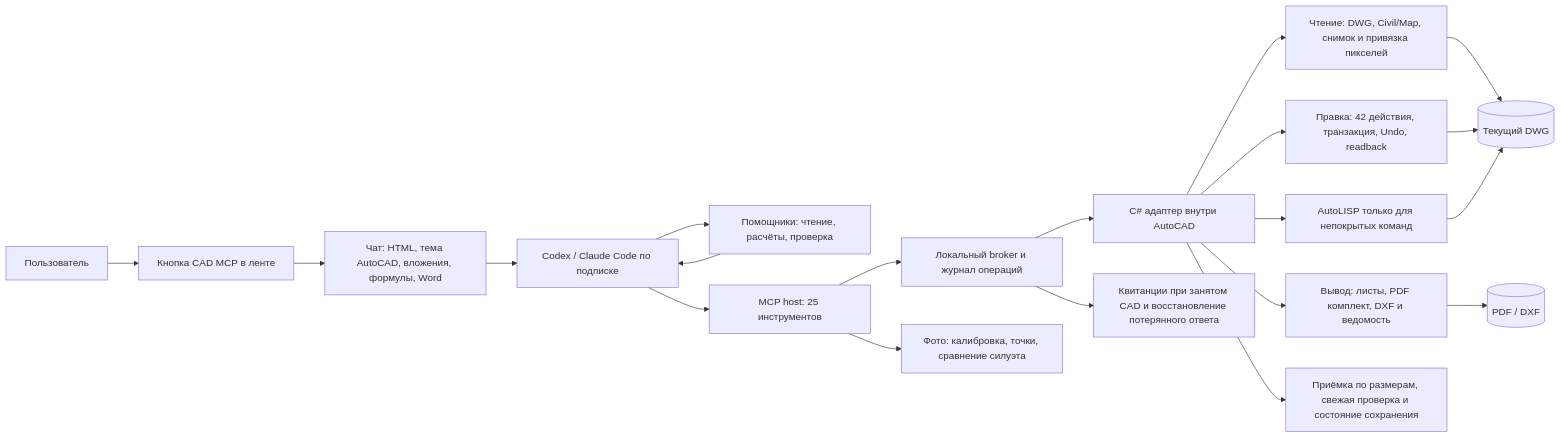
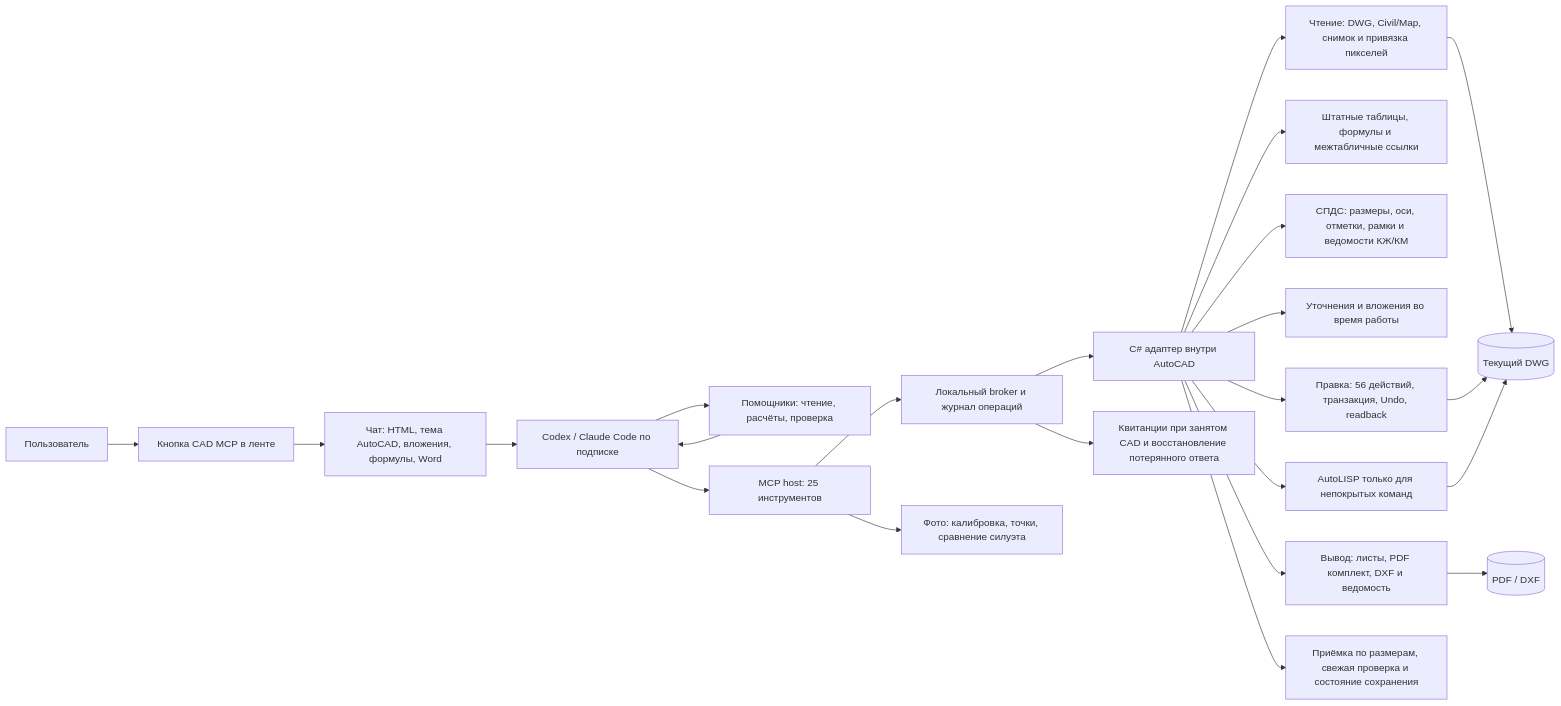
The diagram in docs/capabilities.md (debug23win/autocad-mcp), drawn with Mermaid before and after one commit. The commit also changed other lines of this file and 41 other files, not shown here.

````diff
--- a/docs/capabilities.md
+++ b/docs/capabilities.md
@@ -3,22 +3,25 @@
 ```mermaid
 flowchart LR
     U[Пользователь] --> R[Кнопка CAD MCP в ленте]
     R --> C[Чат: HTML, тема AutoCAD, вложения, формулы, Word]
     C --> P[Codex / Claude Code по подписке]
     P --> H[Помощники: чтение, расчёты, проверка]
     H --> P
     P --> M[MCP host: 25 инструментов]
     M --> B[Локальный broker и журнал операций]
     B --> A[C# адаптер внутри AutoCAD]
     A --> Q[Чтение: DWG, Civil/Map, снимок и привязка пикселей]
-    A --> E[Правка: 42 действия, транзакция, Undo, readback]
+    A --> T[Штатные таблицы, формулы и межтабличные ссылки]
+    A --> G[СПДС: размеры, оси, отметки, рамки и ведомости КЖ/КМ]
+    A --> S[Уточнения и вложения во время работы]
+    A --> E[Правка: 56 действий, транзакция, Undo, readback]
     A --> X[Вывод: листы, PDF комплект, DXF и ведомость]
     A --> F[AutoLISP только для непокрытых команд]
     M --> V[Фото: калибровка, точки, сравнение силуэта]
     A --> K[Приёмка по размерам, свежая проверка и состояние сохранения]
     B --> J[Квитанции при занятом CAD и восстановление потерянного ответа]
     Q --> D[(Текущий DWG)]
     E --> D
     X --> O[(PDF / DXF)]
     F --> D
 ```
````
